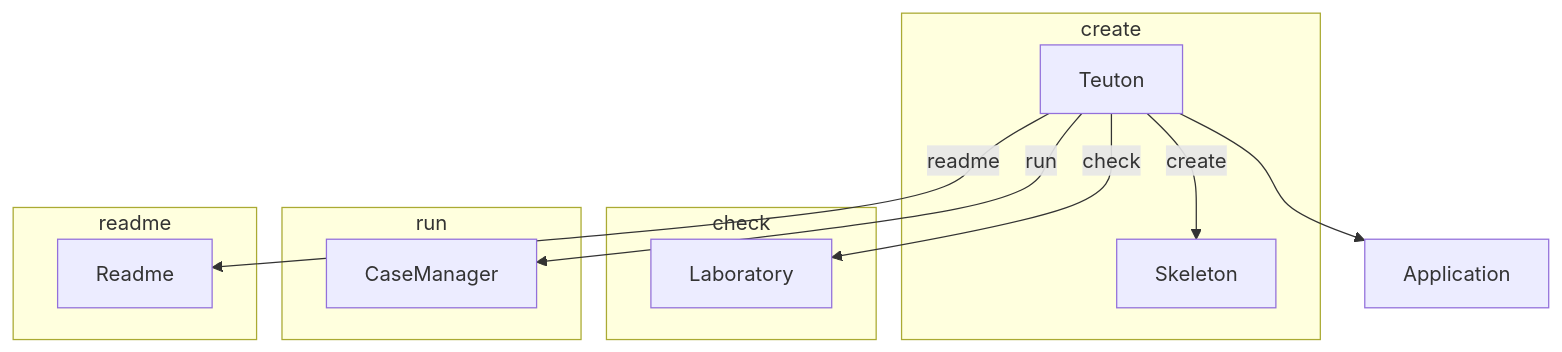
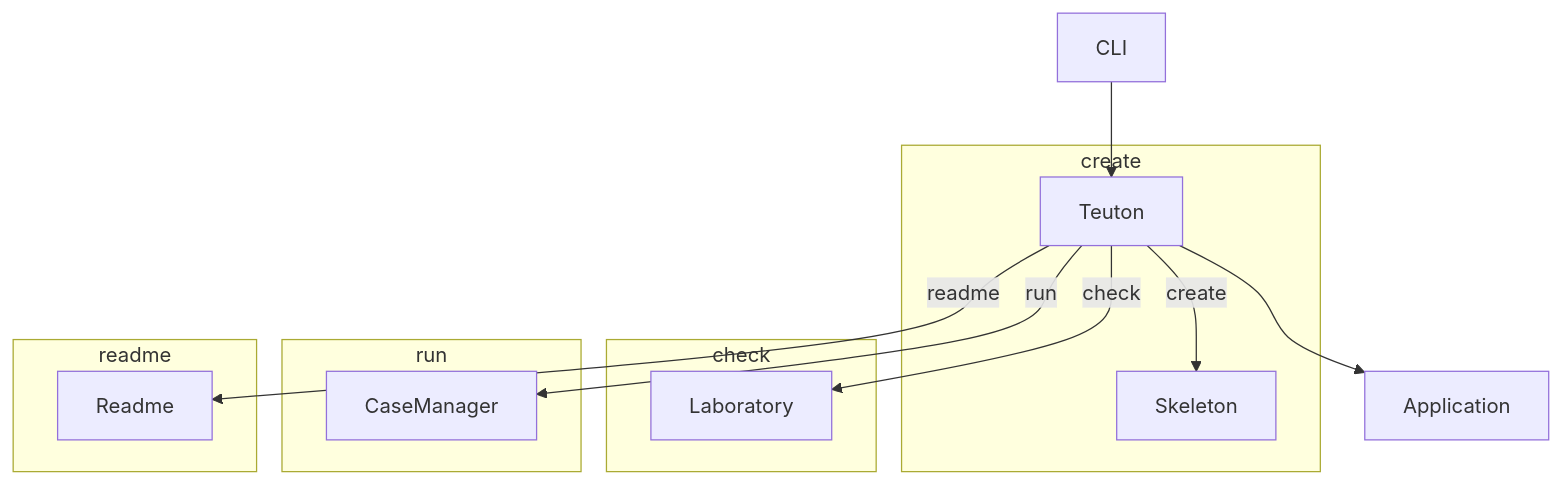
Before and after one commit to teuton-software/teuton: the diagram in docs/diagram.md, drawn with Mermaid.

````diff
--- a/docs/diagram.md
+++ b/docs/diagram.md
@@ -5,21 +5,22 @@
 ```mermaid
 flowchart TB
 
+  CLI --> Teuton
   Teuton --> Application
 
 subgraph create
   Teuton -- create --> Skeleton
 end
 
 subgraph check
   Teuton -- check --> Laboratory
 end
 
 subgraph run
   Teuton -- run --> CaseManager
 end
 
 subgraph readme
   Teuton -- readme --> Readme
 end
 ```
````
